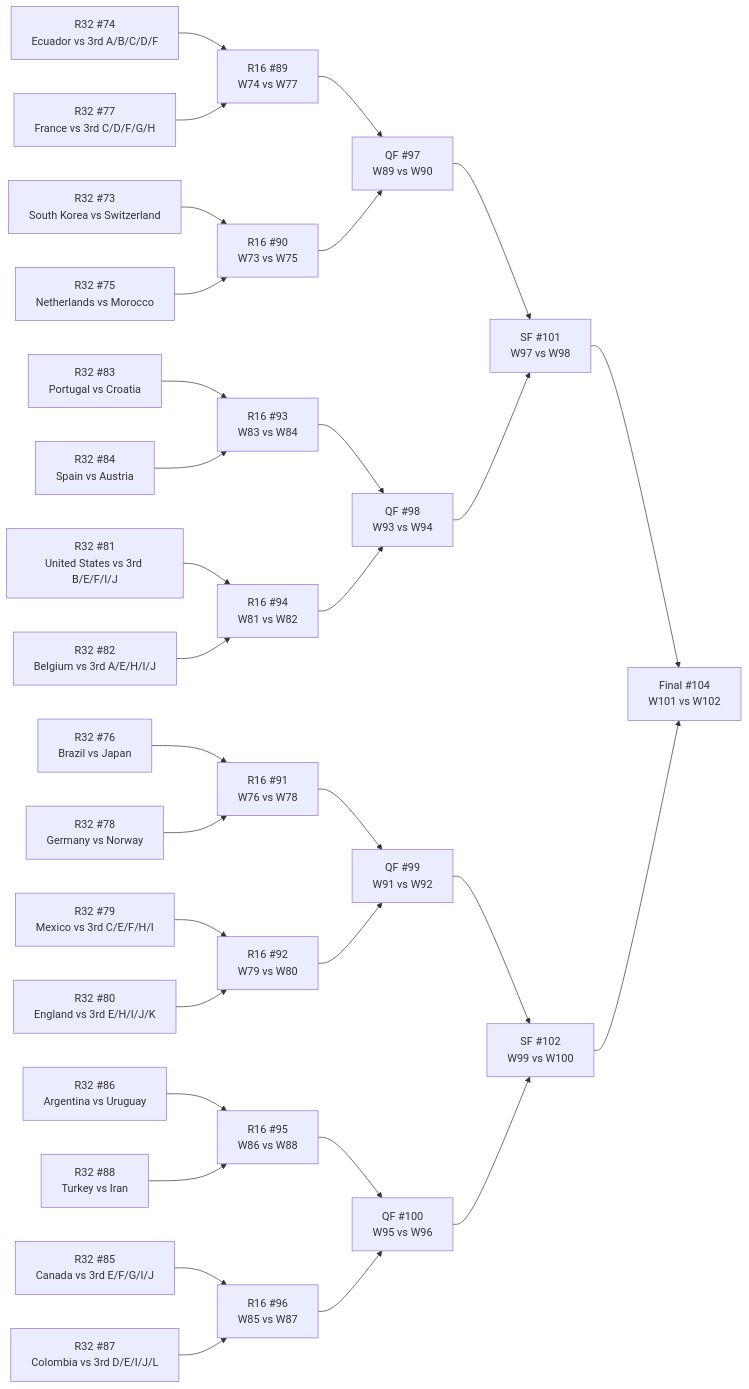
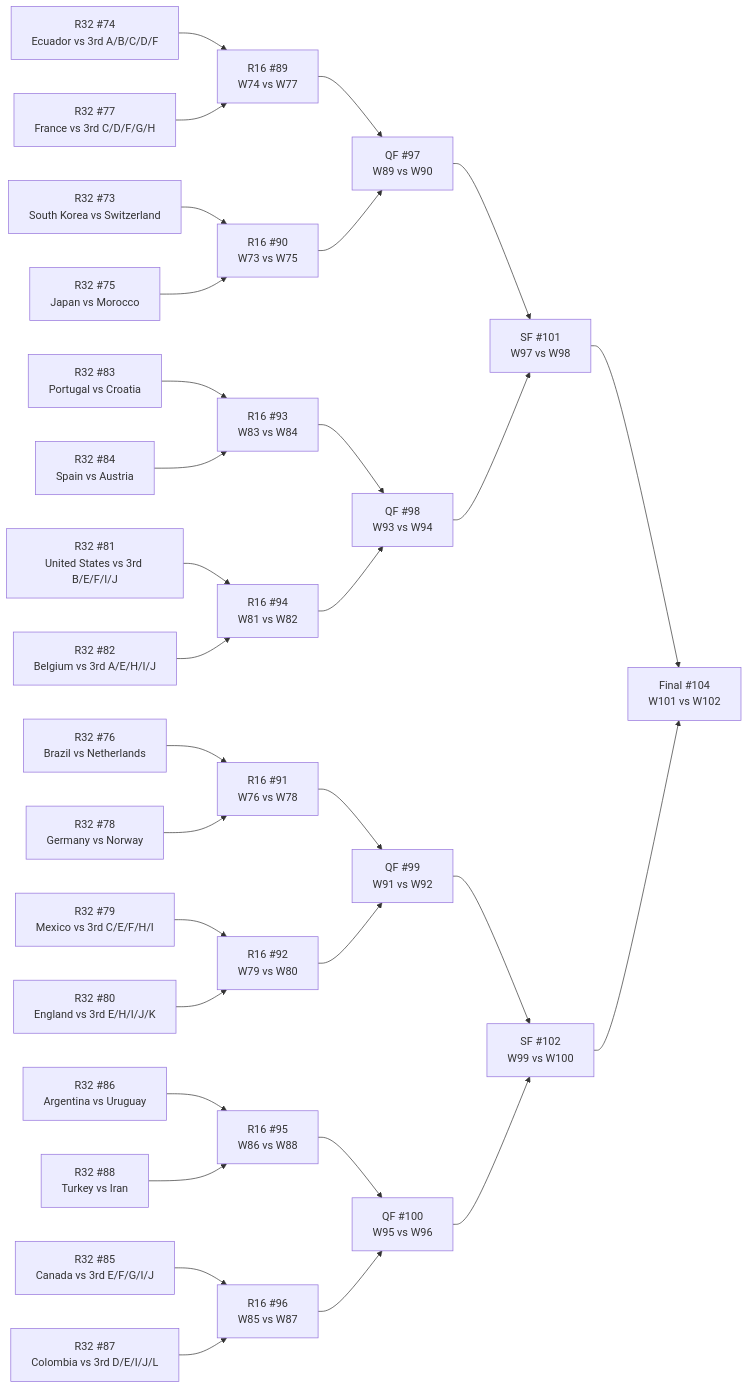
Before and after one commit to Tutai-Tran/WC-2026-predictor: the diagram in WC vault/_bracket.md, drawn with Mermaid. The commit also changed 67 other files, not shown here.

````diff
--- a/WC vault/_bracket.md
+++ b/WC vault/_bracket.md
@@ -11,64 +11,64 @@
 ```mermaid
 flowchart LR
   M73["R32 #73<br>South Korea vs Switzerland"]
   M74["R32 #74<br>Ecuador vs 3rd A/B/C/D/F"]
-  M75["R32 #75<br>Netherlands vs Morocco"]
-  M76["R32 #76<br>Brazil vs Japan"]
+  M75["R32 #75<br>Japan vs Morocco"]
+  M76["R32 #76<br>Brazil vs Netherlands"]
   M77["R32 #77<br>France vs 3rd C/D/F/G/H"]
   M78["R32 #78<br>Germany vs Norway"]
   M79["R32 #79<br>Mexico vs 3rd C/E/F/H/I"]
   M80["R32 #80<br>England vs 3rd E/H/I/J/K"]
   M81["R32 #81<br>United States vs 3rd B/E/F/I/J"]
   M82["R32 #82<br>Belgium vs 3rd A/E/H/I/J"]
   M83["R32 #83<br>Portugal vs Croatia"]
   M84["R32 #84<br>Spain vs Austria"]
   M85["R32 #85<br>Canada vs 3rd E/F/G/I/J"]
   M86["R32 #86<br>Argentina vs Uruguay"]
   M87["R32 #87<br>Colombia vs 3rd D/E/I/J/L"]
   M88["R32 #88<br>Turkey vs Iran"]
   M89["R16 #89<br>W74 vs W77"]
   M90["R16 #90<br>W73 vs W75"]
   M91["R16 #91<br>W76 vs W78"]
   M92["R16 #92<br>W79 vs W80"]
   M93["R16 #93<br>W83 vs W84"]
   M94["R16 #94<br>W81 vs W82"]
   M95["R16 #95<br>W86 vs W88"]
   M96["R16 #96<br>W85 vs W87"]
   M97["QF #97<br>W89 vs W90"]
   M98["QF #98<br>W93 vs W94"]
   M99["QF #99<br>W91 vs W92"]
   M100["QF #100<br>W95 vs W96"]
   M101["SF #101<br>W97 vs W98"]
   M102["SF #102<br>W99 vs W100"]
   M104["Final #104<br>W101 vs W102"]
   M74 --> M89
   M77 --> M89
   M73 --> M90
   M75 --> M90
   M76 --> M91
   M78 --> M91
   M79 --> M92
   M80 --> M92
   M83 --> M93
   M84 --> M93
   M81 --> M94
   M82 --> M94
   M86 --> M95
   M88 --> M95
   M85 --> M96
   M87 --> M96
   M89 --> M97
   M90 --> M97
   M93 --> M98
   M94 --> M98
   M91 --> M99
   M92 --> M99
   M95 --> M100
   M96 --> M100
   M97 --> M101
   M98 --> M101
   M99 --> M102
   M100 --> M102
   M101 --> M104
   M102 --> M104
 ```
````
